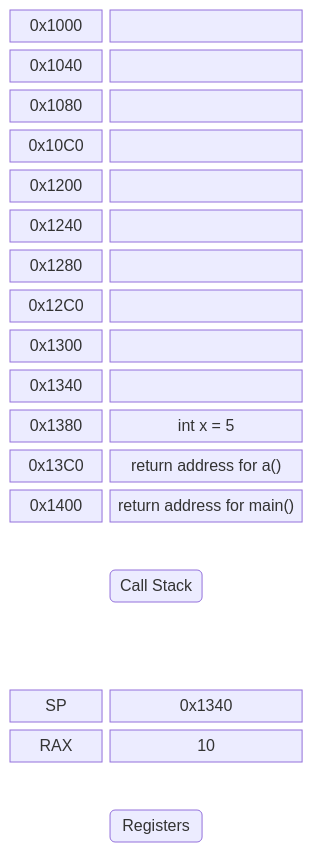
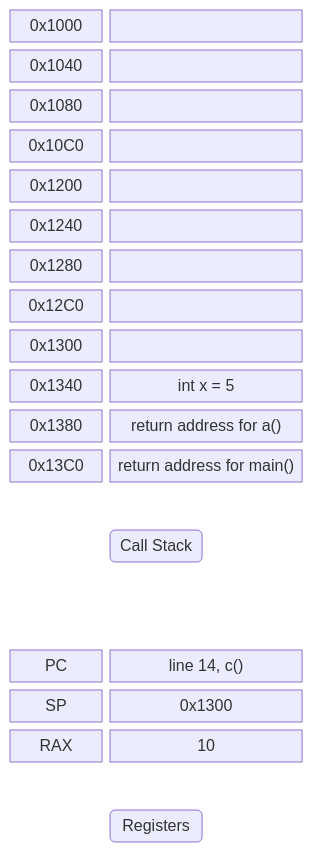
The tenth of 19 diagrams in slides/session_6/index.md (GlennVL-AP/cpp-programming-slides), drawn with Mermaid before and after one commit. The commit also changed other lines of this file, not shown here.

````diff
--- a/slides/session_6/index.md
+++ b/slides/session_6/index.md
@@ -1112,40 +1300,40 @@
 ```mermaid
 block-beta
   columns 3
   addr1["0x1000"]:1
   frame1[" "]:2
   addr2["0x1040"]:1
   frame2[" "]:2
   addr3["0x1080"]:1
   frame3[" "]:2
   addr4["0x10C0"]:1
   frame4[" "]:2
   addr5["0x1200"]:1
   frame5[" "]:2
   addr6["0x1240"]:1
   frame6[" "]:2
   addr7["0x1280"]:1
   frame7[" "]:2
   addr8["0x12C0"]:1
   frame8[" "]:2
   addr9["0x1300"]:1
   frame9[" "]:2
   addr10["0x1340"]:1
-  frame10[" "]:2
+  frame10["int x = 5"]:2
   addr11["0x1380"]:1
-  frame11["int x = 5"]:2
+  frame11["return address for a()"]:2
   addr12["0x13C0"]:1
-  frame12["return address for a()"]:2
-  addr13["0x1400"]:1
-  frame13["return address for main()"]:2
+  frame12["return address for main()"]:2
   space:3
   space callstack("Call Stack") space
   space:3
   space:3
-  reg1["SP"]:1
-  regval1["0x1340"]:2
-  reg2["RAX"]:1
-  regval2["10"]:2
+  reg1["PC"]:1
+  regval1["line 14, c()"]:2
+  reg2["SP"]:1
+  regval2["0x1300"]:2
+  reg3["RAX"]:1
+  regval3["10"]:2
   space:3
   space registers("Registers") space
 ```
````
